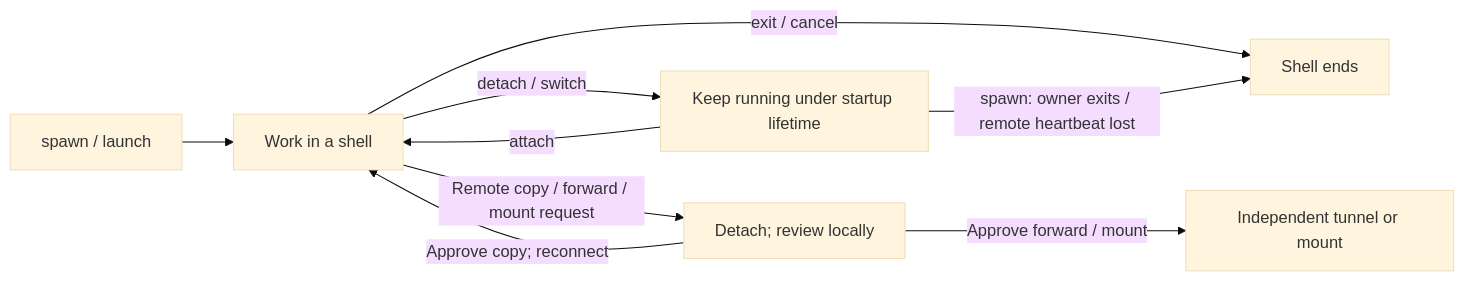
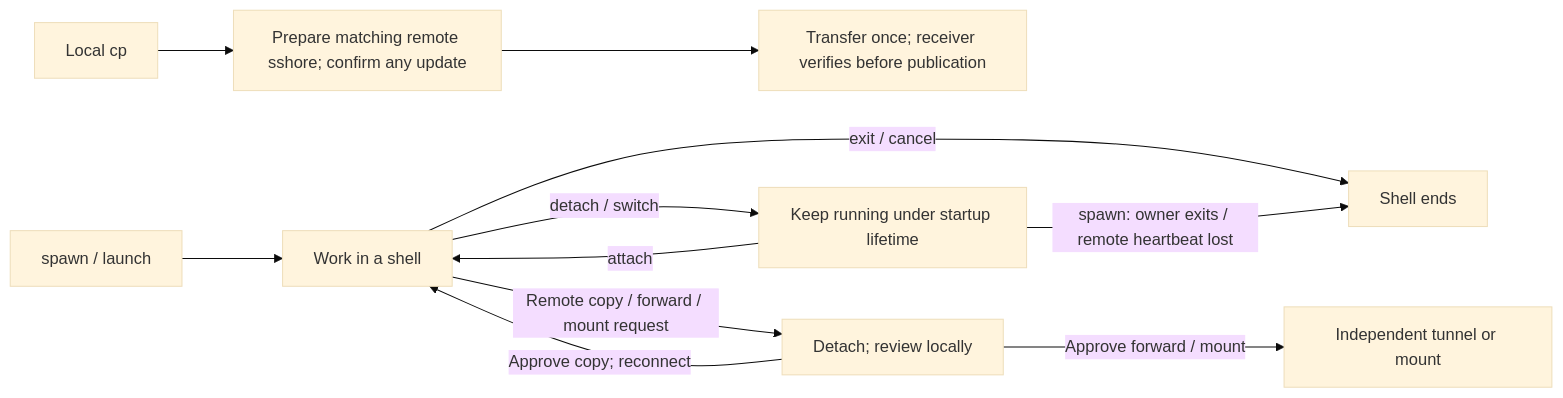
Before and after one commit to jay-waves/sshore: the diagram in README.md, drawn with Mermaid (base theme). The commit also changed other lines of this file and 174 other files, not shown here.

````diff
--- a/README.md
+++ b/README.md
@@ -64,11 +64,13 @@
 ```mermaid
 flowchart LR
+    copy["Local cp"] --> helper["Prepare matching remote sshore; confirm any update"]
+    helper --> verified["Transfer once; receiver verifies before publication"]
     start["spawn / launch"] --> shell["Work in a shell"]
     shell -->|"detach / switch"| background["Keep running under startup lifetime"]
     background -->|"attach"| shell
     shell -->|"Remote copy / forward / mount request"| review["Detach; review locally"]
     review -->|"Approve copy; reconnect"| shell
     review -->|"Approve forward / mount"| resource["Independent tunnel or mount"]
     shell -->|"exit / cancel"| ended["Shell ends"]
     background -->|"spawn: owner exits / remote heartbeat lost"| ended
 ```
````
